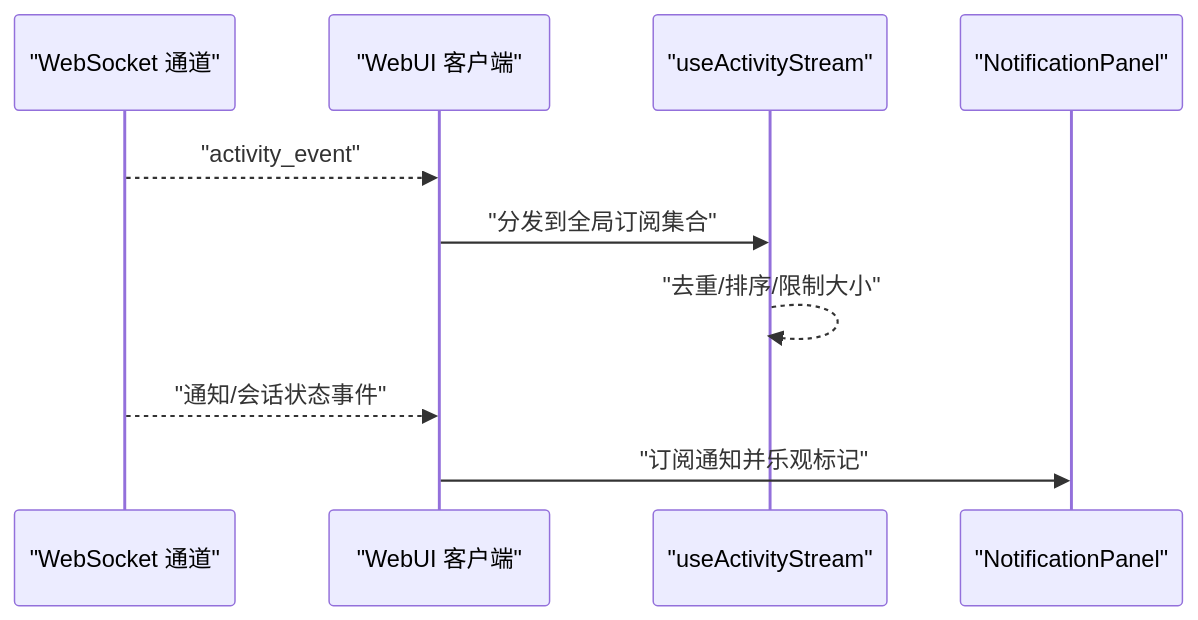
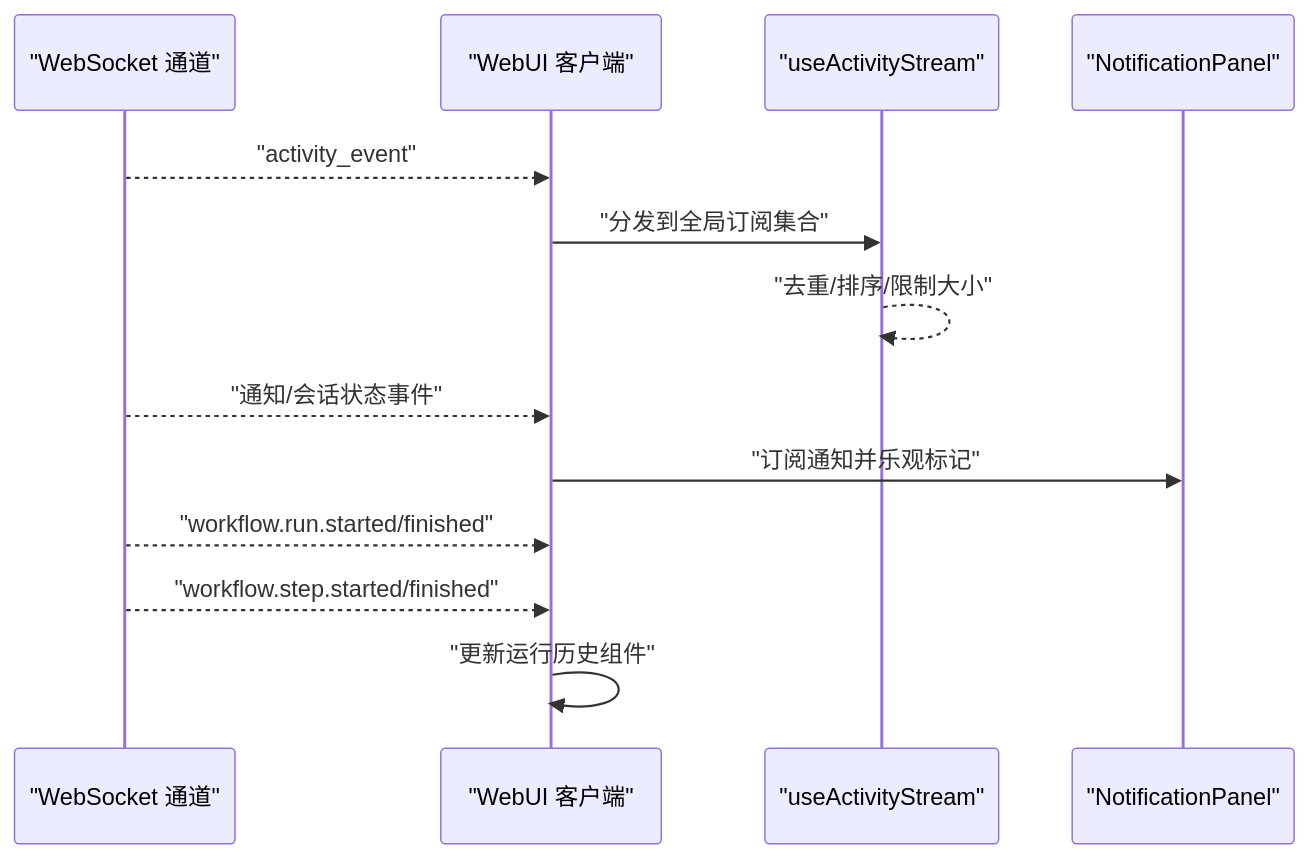
One commit to gongzeq/VAPT3 changed the fifth of 10 diagrams in .qoder/repowiki/zh/content/API服务设计/WebSocket通信.md. Above: the diagram before and after it, drawn with Mermaid. The commit also changed other lines of this file and 33 other files, not shown here.

````diff
--- a/.qoder/repowiki/zh/content/API服务设计/WebSocket通信.md
+++ b/.qoder/repowiki/zh/content/API服务设计/WebSocket通信.md
@@ -231,12 +305,15 @@
 ```mermaid
 sequenceDiagram
 participant WS as "WebSocket 通道"
 participant UI as "WebUI 客户端"
 participant Hook as "useActivityStream"
 participant Panel as "NotificationPanel"
 WS-->>UI : "activity_event"
 UI->>Hook : "分发到全局订阅集合"
 Hook-->>Hook : "去重/排序/限制大小"
 WS-->>UI : "通知/会话状态事件"
 UI->>Panel : "订阅通知并乐观标记"
+WS-->>UI : "workflow.run.started/finished"
+WS-->>UI : "workflow.step.started/finished"
+UI->>UI : "更新运行历史组件"
 ```
````
